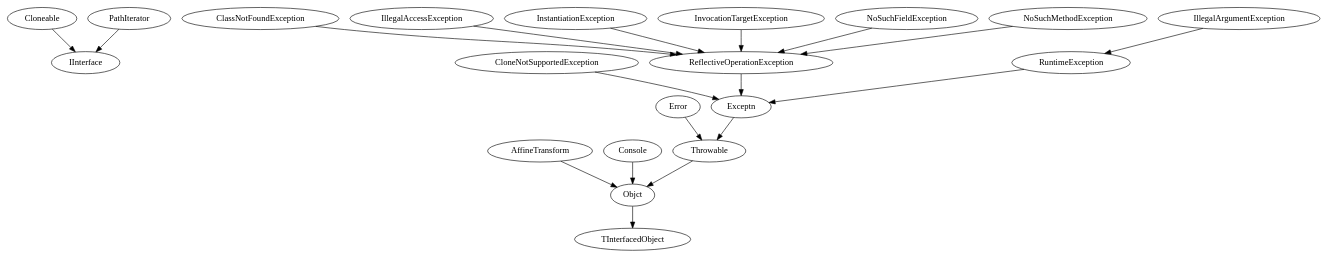
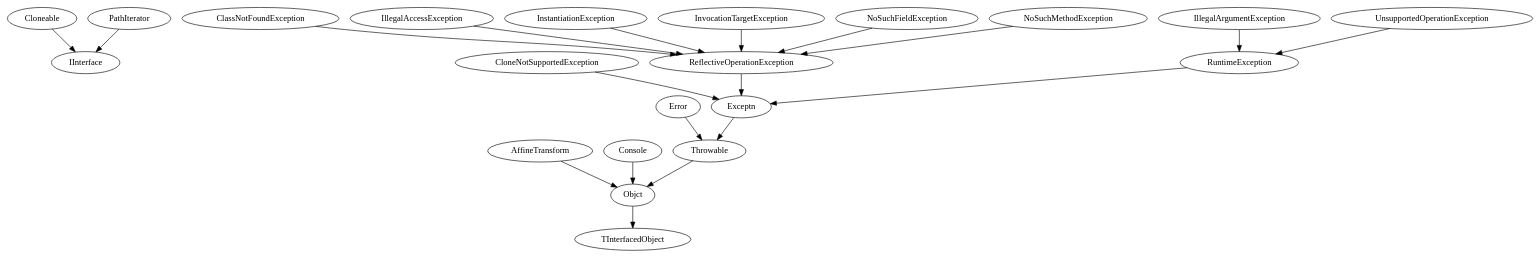
The diagram in docs/GVClasses.dot (coelhole/newpascal), drawn with Graphviz before and after one commit. The commit also changed 42 other files, not shown here.

```diff
--- a/docs/GVClasses.dot
+++ b/docs/GVClasses.dot
@@ -1,38 +1,40 @@
 DiGraph Classes {
   "Cloneable" -> "IInterface"
-  "Cloneable" [href="NewPascal.Base.Cloneable.html"]
+  "Cloneable" [href="github.coelhole.newpascal.base.Cloneable.html"]
   "PathIterator" -> "IInterface"
-  "PathIterator" [href="NewPascal.GUI.Geom.PathIterator.html"]
+  "PathIterator" [href="github.coelhole.newpascal.awt.geom.PathIterator.html"]
   "Objct" -> "TInterfacedObject"
-  "Objct" [href="NewPascal.Base.Objct.html"]
+  "Objct" [href="github.coelhole.newpascal.base.Objct.html"]
   "AffineTransform" -> "Objct"
-  "AffineTransform" [href="NewPascal.GUI.Geom.AffineTransform.html"]
+  "AffineTransform" [href="github.coelhole.newpascal.awt.geom.AffineTransform.html"]
   "Console" -> "Objct"
-  "Console" [href="NewPascal.IO.Console.Console.html"]
+  "Console" [href="github.coelhole.newpascal.io.Console.Console.html"]
   "Throwable" -> "Objct"
-  "Throwable" [href="NewPascal.Base.Throwable.html"]
+  "Throwable" [href="github.coelhole.newpascal.base.Throwable.html"]
   "Error" -> "Throwable"
-  "Error" [href="NewPascal.Base.Error.html"]
+  "Error" [href="github.coelhole.newpascal.base.Error.html"]
   "Exceptn" -> "Throwable"
-  "Exceptn" [href="NewPascal.Base.Exceptn.html"]
+  "Exceptn" [href="github.coelhole.newpascal.base.Exceptn.html"]
   "CloneNotSupportedException" -> "Exceptn"
-  "CloneNotSupportedException" [href="NewPascal.Base.CloneNotSupportedException.html"]
+  "CloneNotSupportedException" [href="github.coelhole.newpascal.base.CloneNotSupportedException.html"]
   "ReflectiveOperationException" -> "Exceptn"
-  "ReflectiveOperationException" [href="NewPascal.Base.ReflectiveOperationException.html"]
+  "ReflectiveOperationException" [href="github.coelhole.newpascal.base.ReflectiveOperationException.html"]
   "ClassNotFoundException" -> "ReflectiveOperationException"
-  "ClassNotFoundException" [href="NewPascal.Base.ClassNotFoundException.html"]
+  "ClassNotFoundException" [href="github.coelhole.newpascal.base.ClassNotFoundException.html"]
   "IllegalAccessException" -> "ReflectiveOperationException"
-  "IllegalAccessException" [href="NewPascal.Base.IllegalAccessException.html"]
+  "IllegalAccessException" [href="github.coelhole.newpascal.base.IllegalAccessException.html"]
   "InstantiationException" -> "ReflectiveOperationException"
-  "InstantiationException" [href="NewPascal.Base.InstantiationException.html"]
+  "InstantiationException" [href="github.coelhole.newpascal.base.InstantiationException.html"]
   "InvocationTargetException" -> "ReflectiveOperationException"
-  "InvocationTargetException" [href="NewPascal.Base.InvocationTargetException.html"]
+  "InvocationTargetException" [href="github.coelhole.newpascal.base.InvocationTargetException.html"]
   "NoSuchFieldException" -> "ReflectiveOperationException"
-  "NoSuchFieldException" [href="NewPascal.Base.NoSuchFieldException.html"]
+  "NoSuchFieldException" [href="github.coelhole.newpascal.base.NoSuchFieldException.html"]
   "NoSuchMethodException" -> "ReflectiveOperationException"
-  "NoSuchMethodException" [href="NewPascal.Base.NoSuchMethodException.html"]
+  "NoSuchMethodException" [href="github.coelhole.newpascal.base.NoSuchMethodException.html"]
   "RuntimeException" -> "Exceptn"
-  "RuntimeException" [href="NewPascal.Base.RuntimeException.html"]
+  "RuntimeException" [href="github.coelhole.newpascal.base.RuntimeException.html"]
   "IllegalArgumentException" -> "RuntimeException"
-  "IllegalArgumentException" [href="NewPascal.Base.IllegalArgumentException.html"]
+  "IllegalArgumentException" [href="github.coelhole.newpascal.base.IllegalArgumentException.html"]
+  "UnsupportedOperationException" -> "RuntimeException"
+  "UnsupportedOperationException" [href="github.coelhole.newpascal.base.UnsupportedOperationException.html"]
 }
```
